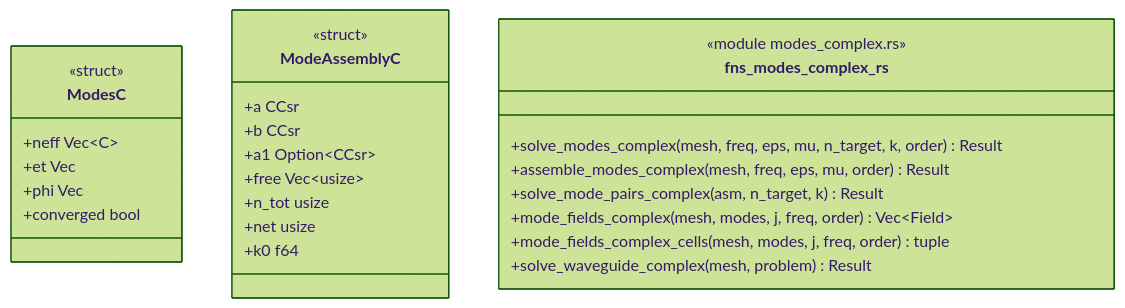
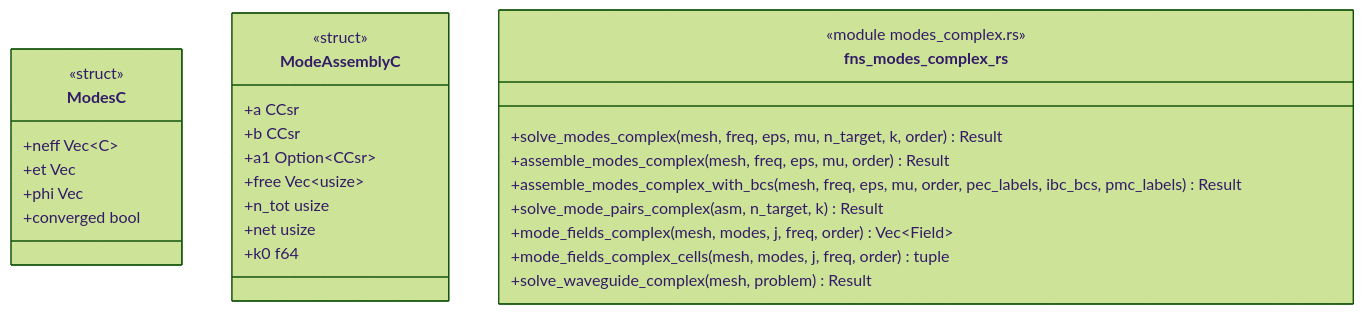
One commit to p-j-r/nyx changed the diagram in docs/architecture/c4/4-code/ems/modescx.md. Above: the diagram before and after it, drawn with Mermaid (forest theme). The commit also changed other lines of this file and 208 other files, not shown here.

````diff
--- a/docs/architecture/c4/4-code/ems/modescx.md
+++ b/docs/architecture/c4/4-code/ems/modescx.md
@@ -38,29 +39,30 @@
 ```mermaid
 classDiagram
   class ModesC {
       <<struct>>
       +neff Vec~C~
       +et Vec
       +phi Vec
       +converged bool
   }
   class ModeAssemblyC {
       <<struct>>
       +a CCsr
       +b CCsr
       +a1 Option~CCsr~
       +free Vec~usize~
       +n_tot usize
       +net usize
       +k0 f64
   }
   class fns_modes_complex_rs {
       <<module modes_complex.rs>>
       +solve_modes_complex(mesh, freq, eps, mu, n_target, k, order) Result
       +assemble_modes_complex(mesh, freq, eps, mu, order) Result
+      +assemble_modes_complex_with_bcs(mesh, freq, eps, mu, order, pec_labels, ibc_bcs, pmc_labels) Result
       +solve_mode_pairs_complex(asm, n_target, k) Result
       +mode_fields_complex(mesh, modes, j, freq, order) Vec~Field~
       +mode_fields_complex_cells(mesh, modes, j, freq, order) tuple
       +solve_waveguide_complex(mesh, problem) Result
   }
 ```
````
